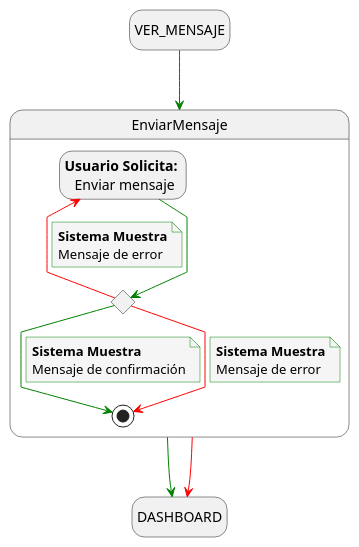
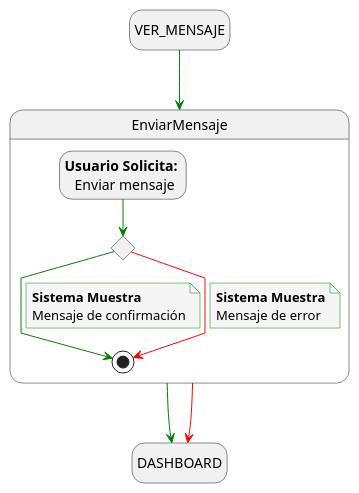
One commit to mmasias/24-25-IdSw1-SDR changed the diagram in docs/casosDeUso/detalladoCasosDeUso/detalladoEnvioMensajes/detalladoEnvioMensaje.puml. Above: the diagram before and after it, drawn with PlantUML. The commit also changed 5 other files, not shown here.

Commit message:
FIX/ eliminar transiciones de error en los diagramas de envío de mensajes y login

```diff
--- a/docs/casosDeUso/detalladoCasosDeUso/detalladoEnvioMensajes/detalladoEnvioMensaje.puml
+++ b/docs/casosDeUso/detalladoCasosDeUso/detalladoEnvioMensajes/detalladoEnvioMensaje.puml
@@ -1,45 +1,39 @@
 @startuml enviar_mensaje
 
 skinparam {
   NoteBackgroundColor #whiteSmoke
   ArrowColor #green
   NoteBorderColor #green
   linetype polyline
 }
 
 hide empty description
 
 state startState as "VER_MENSAJE"
 state endState as "DASHBOARD"
 
 startState --> EnviarMensaje
 
 EnviarMensaje--> endState
 EnviarMensaje -[#red]-> endState
 
 state EnviarMensaje{
     state revisionFiltrosEnviados <<choice>>
     state usuarioSolicita as "<b>Usuario Solicita:</b> \n Enviar mensaje"
 
     usuarioSolicita --> revisionFiltrosEnviados 
 
-    revisionFiltrosEnviados -[#red]l-> usuarioSolicita 
-    note on link
-        <b>Sistema Muestra</b>
-        Mensaje de error
-    end note
-
     revisionFiltrosEnviados --> [*]
     note on link
         <b>Sistema Muestra</b>
         Mensaje de confirmación
     end note
 
     revisionFiltrosEnviados -[#red]-> [*]
     note on link
         <b>Sistema Muestra</b>
         Mensaje de error
     end note
 }
 
 @enduml
```
